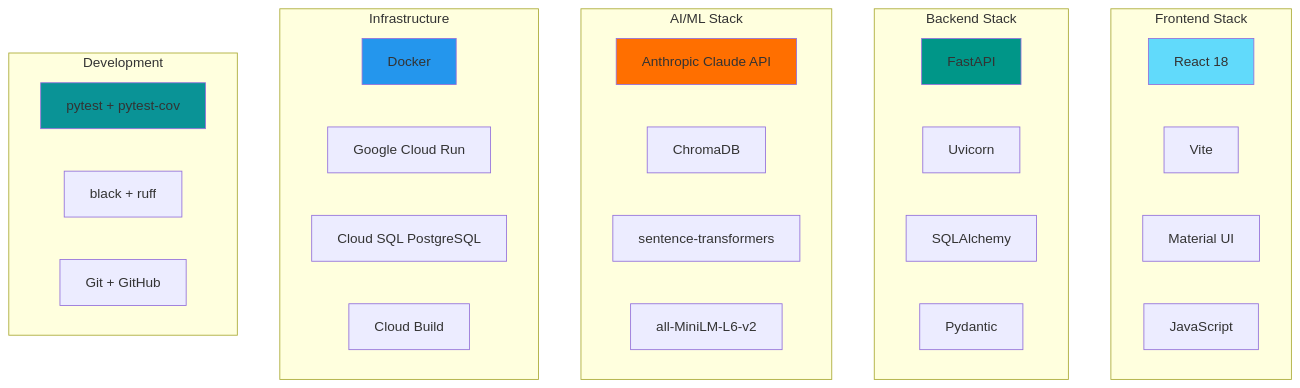
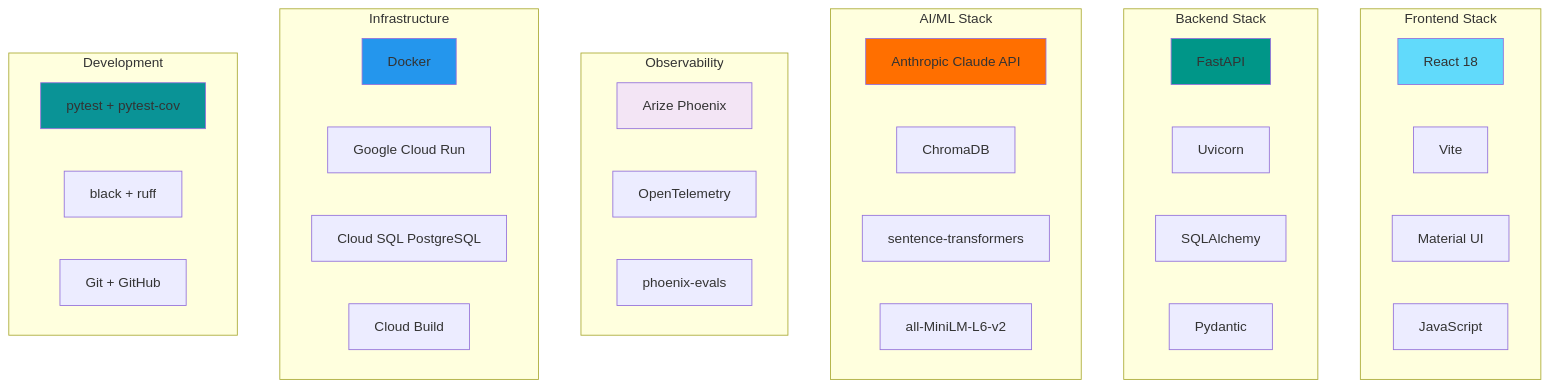
Before and after one commit to katebennu/mind-scout: diagram 14 of 14 in docs/architecture/diagrams.md, drawn with Mermaid. The commit also changed other lines of this file and 13 other files, not shown here.

First line of the commit message:
feat: add Arize Phoenix integration for LLM observability and evaluation

````diff
--- a/docs/architecture/diagrams.md
+++ b/docs/architecture/diagrams.md
@@ -547,42 +551,49 @@
 ```mermaid
 graph TD
     subgraph "Frontend Stack"
         F1[React 18]
         F2[Vite]
         F3[Material UI]
         F4[JavaScript]
     end
 
     subgraph "Backend Stack"
         B1[FastAPI]
         B2[Uvicorn]
         B3[SQLAlchemy]
         B4[Pydantic]
     end
 
     subgraph "AI/ML Stack"
         M1[Anthropic Claude API]
         M2[ChromaDB]
         M3[sentence-transformers]
         M4[all-MiniLM-L6-v2]
     end
 
+    subgraph "Observability"
+        O1[Arize Phoenix]
+        O2[OpenTelemetry]
+        O3[phoenix-evals]
+    end
+
     subgraph "Infrastructure"
         I1[Docker]
         I2[Google Cloud Run]
         I3[Cloud SQL PostgreSQL]
         I4[Cloud Build]
     end
 
     subgraph "Development"
         D1[pytest + pytest-cov]
         D2[black + ruff]
         D3[Git + GitHub]
     end
 
     style F1 fill:#61dafb
     style B1 fill:#009688
     style M1 fill:#ff6f00
+    style O1 fill:#f3e5f5
     style I1 fill:#2496ed
     style D1 fill:#0a9396
 ```
````
